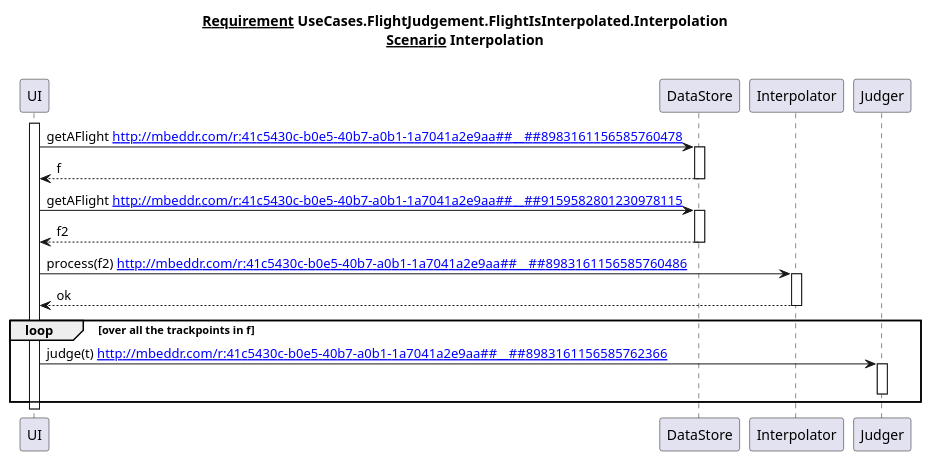
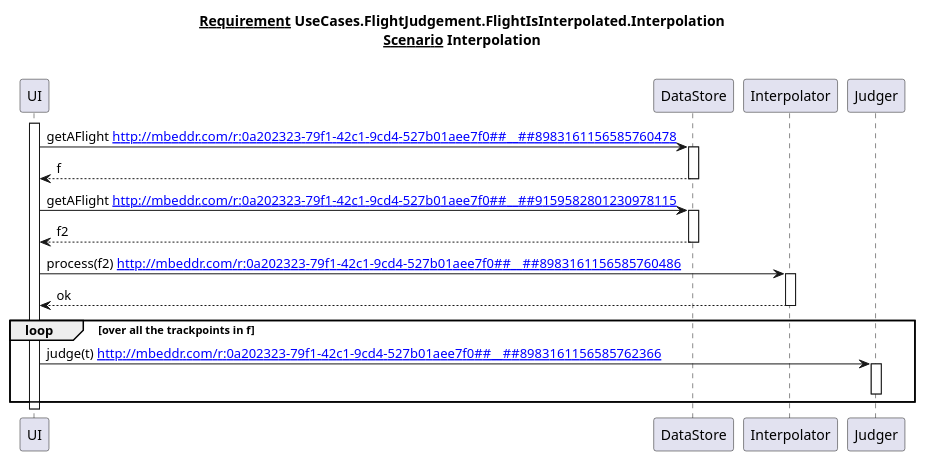
One commit to mbeddr/mbeddr.core changed the diagram in code/applications/tutorial/solutions/mbeddr.tutorial.main/temp/requirementsReportreqInvisble_2FlightJudgementFlightIsInterpolatedInterpolationInterpolation_scenario.puml. Above: the diagram before and after it, drawn with PlantUML. The commit also changed 11 other files, not shown here.

```diff
--- a/code/applications/tutorial/solutions/mbeddr.tutorial.main/temp/requirementsReportreqInvisble_2FlightJudgementFlightIsInterpolatedInterpolationInterpolation_scenario.puml
+++ b/code/applications/tutorial/solutions/mbeddr.tutorial.main/temp/requirementsReportreqInvisble_2FlightJudgementFlightIsInterpolatedInterpolationInterpolation_scenario.puml
@@ -1,34 +1,34 @@
 @startuml
 title
 <u>Requirement</u> UseCases.FlightJudgement.FlightIsInterpolated.Interpolation
 <u>Scenario</u> Interpolation
 
 end title
 participant UI
-url of UI is [[http://mbeddr.com/r:41c5430c-b0e5-40b7-a0b1-1a7041a2e9aa##__##6898387700925260474]]
+url of UI is [[http://mbeddr.com/r:0a202323-79f1-42c1-9cd4-527b01aee7f0##__##6898387700925260474]]
 participant DataStore
-url of DataStore is [[http://mbeddr.com/r:41c5430c-b0e5-40b7-a0b1-1a7041a2e9aa##__##6898387700925260483]]
+url of DataStore is [[http://mbeddr.com/r:0a202323-79f1-42c1-9cd4-527b01aee7f0##__##6898387700925260483]]
 participant Interpolator
-url of Interpolator is [[http://mbeddr.com/r:41c5430c-b0e5-40b7-a0b1-1a7041a2e9aa##__##8119642625901795400]]
+url of Interpolator is [[http://mbeddr.com/r:0a202323-79f1-42c1-9cd4-527b01aee7f0##__##8119642625901795400]]
 participant Judger
-url of Judger is [[http://mbeddr.com/r:41c5430c-b0e5-40b7-a0b1-1a7041a2e9aa##__##8119642625901800289]]
+url of Judger is [[http://mbeddr.com/r:0a202323-79f1-42c1-9cd4-527b01aee7f0##__##8119642625901800289]]
 activate UI
-UI -> DataStore : getAFlight [[http://mbeddr.com/r:41c5430c-b0e5-40b7-a0b1-1a7041a2e9aa##__##8983161156585760478]]
+UI -> DataStore : getAFlight [[http://mbeddr.com/r:0a202323-79f1-42c1-9cd4-527b01aee7f0##__##8983161156585760478]]
 activate DataStore
 UI <-- DataStore:f
 deactivate DataStore
-UI -> DataStore : getAFlight [[http://mbeddr.com/r:41c5430c-b0e5-40b7-a0b1-1a7041a2e9aa##__##9159582801230978115]]
+UI -> DataStore : getAFlight [[http://mbeddr.com/r:0a202323-79f1-42c1-9cd4-527b01aee7f0##__##9159582801230978115]]
 activate DataStore
 UI <-- DataStore:f2
 deactivate DataStore
-UI -> Interpolator : process(f2) [[http://mbeddr.com/r:41c5430c-b0e5-40b7-a0b1-1a7041a2e9aa##__##8983161156585760486]]
+UI -> Interpolator : process(f2) [[http://mbeddr.com/r:0a202323-79f1-42c1-9cd4-527b01aee7f0##__##8983161156585760486]]
 activate Interpolator
 UI <-- Interpolator:ok
 deactivate Interpolator
 loop over all the trackpoints in f
-UI -> Judger : judge(t) [[http://mbeddr.com/r:41c5430c-b0e5-40b7-a0b1-1a7041a2e9aa##__##8983161156585762366]]
+UI -> Judger : judge(t) [[http://mbeddr.com/r:0a202323-79f1-42c1-9cd4-527b01aee7f0##__##8983161156585762366]]
 activate Judger
 deactivate Judger
 end loop 
 deactivate UI
 @enduml
```
